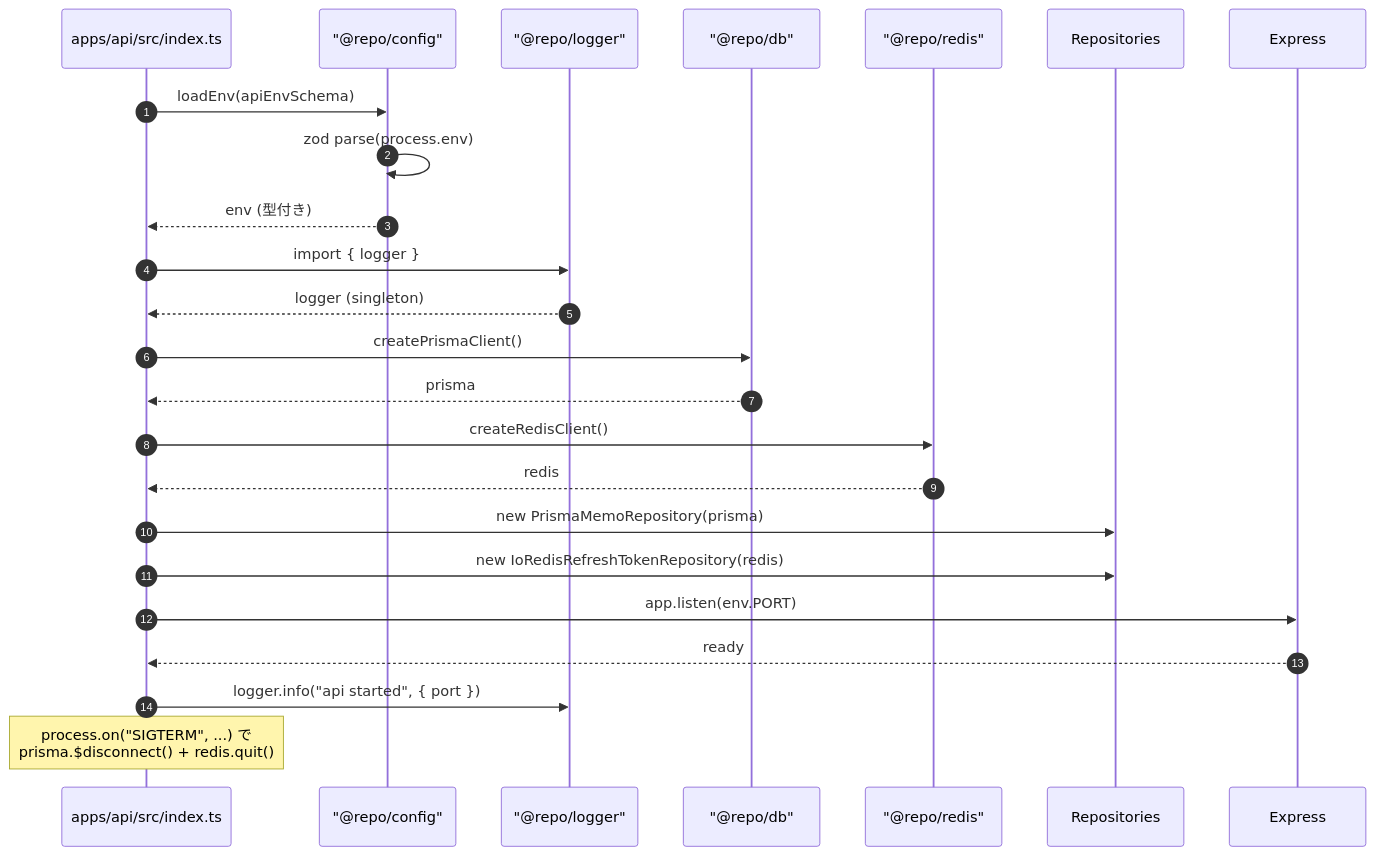
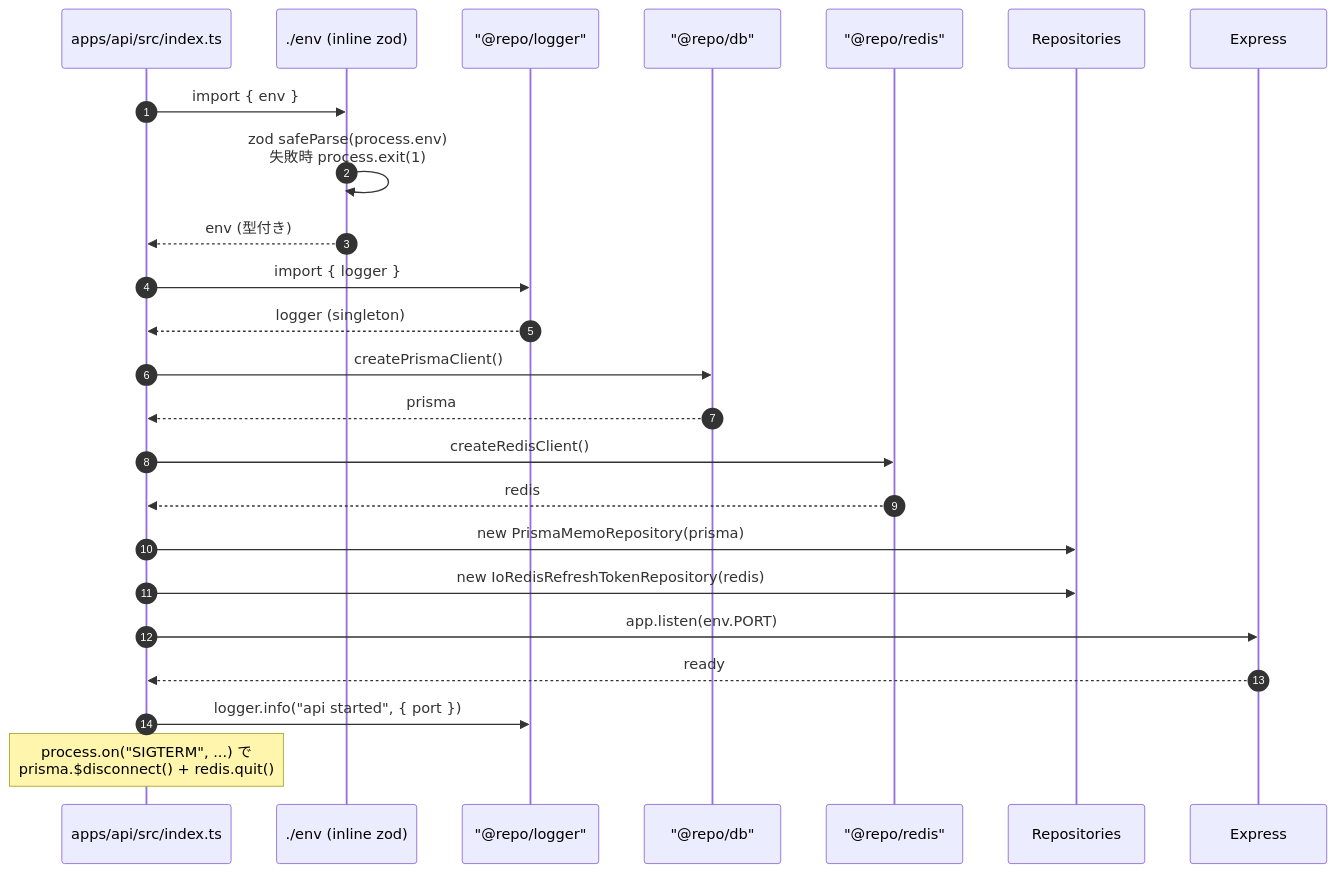
Before and after one commit to kentakki416/typing-royale: the third of 4 diagrams in docs/spec/shared-packages/README.md, drawn with Mermaid. The commit also changed other lines of this file and 51 other files, not shown here.

````diff
--- a/docs/spec/shared-packages/README.md
+++ b/docs/spec/shared-packages/README.md
@@ -840,27 +823,27 @@
 ```mermaid
 sequenceDiagram
     autonumber
     participant Boot as apps/api/src/index.ts
-    participant CFG as "@repo/config"
+    participant ENV as ./env (inline zod)
     participant LOG as "@repo/logger"
     participant DB as "@repo/db"
     participant RDS as "@repo/redis"
     participant Repo as Repositories
     participant EXP as Express
 
-    Boot->>CFG: loadEnv(apiEnvSchema)
-    CFG->>CFG: zod parse(process.env)
-    CFG-->>Boot: env (型付き)
+    Boot->>ENV: import { env }
+    ENV->>ENV: zod safeParse(process.env)<br/>失敗時 process.exit(1)
+    ENV-->>Boot: env (型付き)
     Boot->>LOG: import { logger }
     LOG-->>Boot: logger (singleton)
     Boot->>DB: createPrismaClient()
     DB-->>Boot: prisma
     Boot->>RDS: createRedisClient()
     RDS-->>Boot: redis
     Boot->>Repo: new PrismaMemoRepository(prisma)
     Boot->>Repo: new IoRedisRefreshTokenRepository(redis)
     Boot->>EXP: app.listen(env.PORT)
     EXP-->>Boot: ready
     Boot->>LOG: logger.info("api started", { port })
     Note over Boot: process.on("SIGTERM", ...) で<br/>prisma.$disconnect() + redis.quit()
 ```
````
